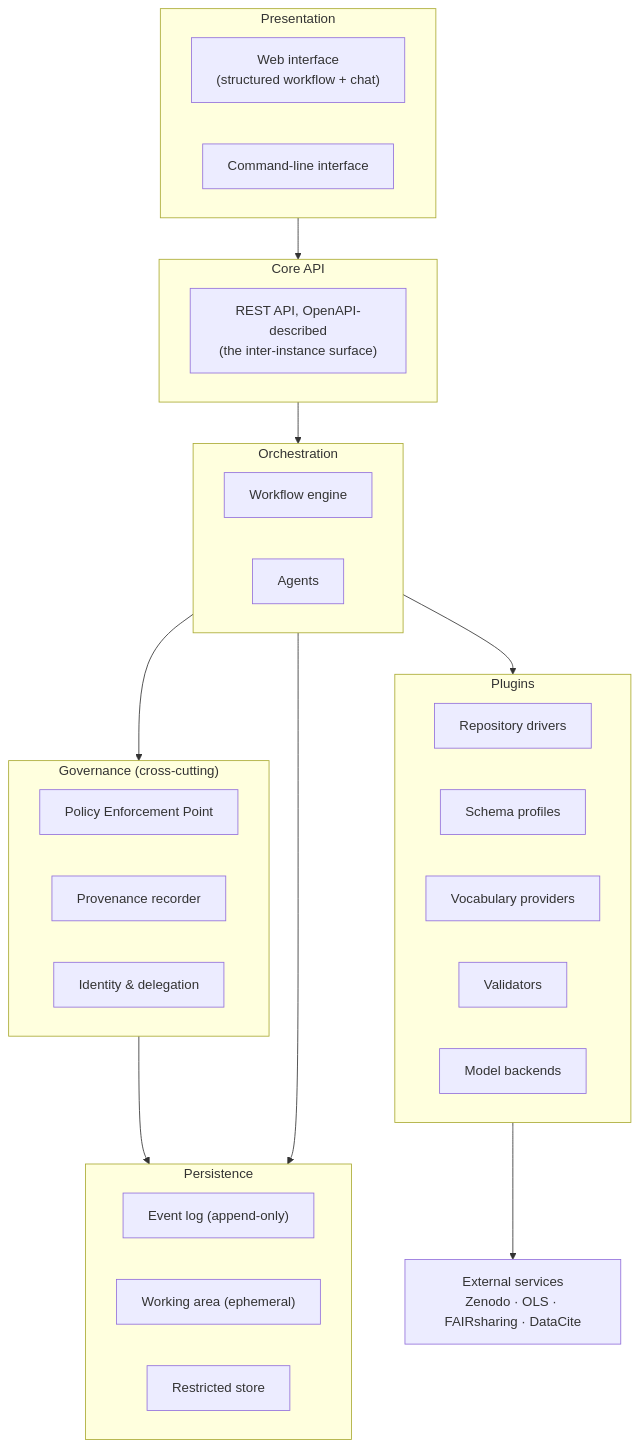
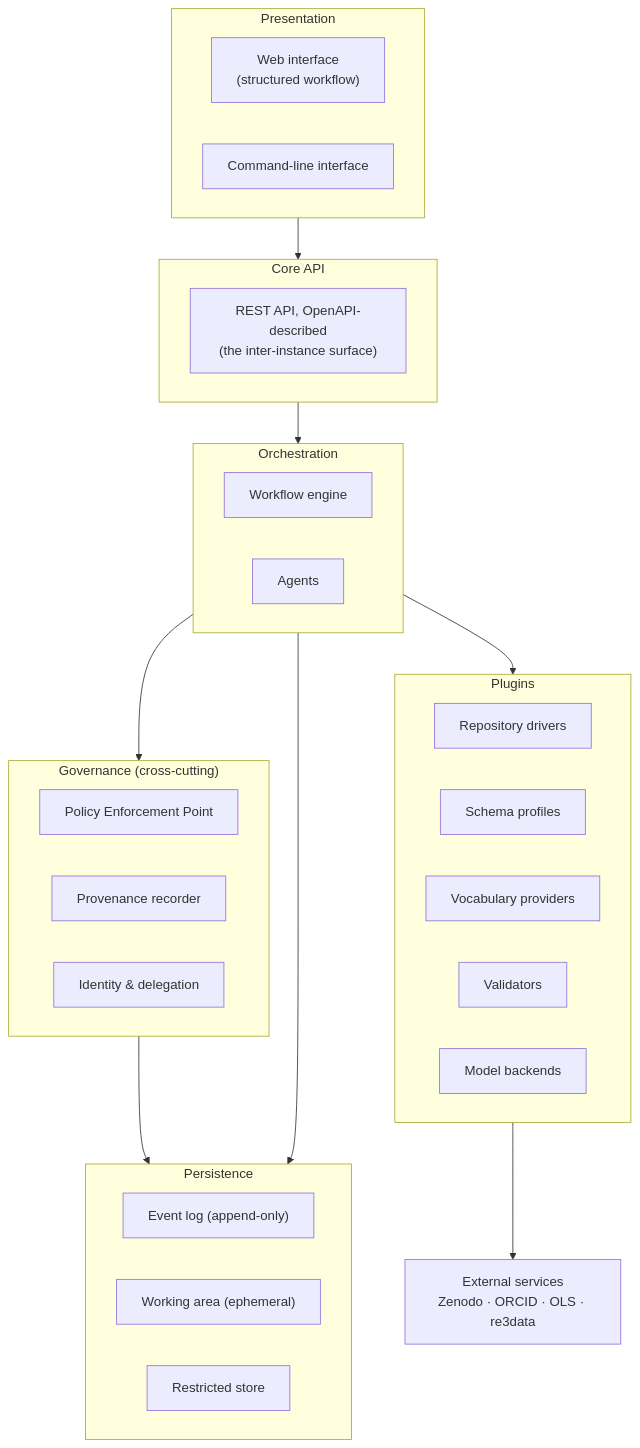
The first of 4 diagrams in docs/architecture.md (cmzwolf/RDA-Data_Director), drawn with Mermaid before and after one commit. The commit also changed other lines of this file and 186 other files, not shown here.

````diff
--- a/docs/architecture.md
+++ b/docs/architecture.md
@@ -457,39 +457,39 @@
 ```mermaid
 graph TB
     subgraph PRES["Presentation"]
-        UI["Web interface<br/>(structured workflow + chat)"]
+        UI["Web interface<br/>(structured workflow)"]
         CLI["Command-line interface"]
     end
     subgraph API["Core API"]
         REST["REST API, OpenAPI-described<br/>(the inter-instance surface)"]
     end
     subgraph ORCH["Orchestration"]
         WF["Workflow engine"]
         AG["Agents"]
     end
     subgraph GOV["Governance (cross-cutting)"]
         PEP["Policy Enforcement Point"]
         PROV["Provenance recorder"]
         IDN["Identity &amp; delegation"]
     end
     subgraph PLUG["Plugins"]
         P1["Repository drivers"]
         P2["Schema profiles"]
         P3["Vocabulary providers"]
         P4["Validators"]
         P5["Model backends"]
     end
     subgraph STORE["Persistence"]
         EV["Event log (append-only)"]
         WRK["Working area (ephemeral)"]
         RES["Restricted store"]
     end
-    EXT["External services<br/>Zenodo · OLS · FAIRsharing · DataCite"]
+    EXT["External services<br/>Zenodo · ORCID · OLS · re3data"]
 
     PRES --> API --> ORCH
     ORCH --> GOV
     ORCH --> PLUG
     GOV --> STORE
     ORCH --> STORE
     PLUG --> EXT
 ```
````
